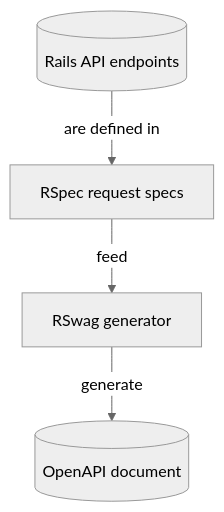
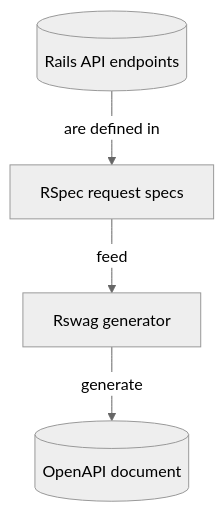
The diagram in openapi/frameworks/rails.mdx (speakeasy-api/developer-docs), drawn with Mermaid (neutral theme) before and after one commit. The commit also changed other lines of this file and 1 other file, not shown here.

````diff
--- a/openapi/frameworks/rails.mdx
+++ b/openapi/frameworks/rails.mdx
@@ -32,6 +34,6 @@
 ```mermaid
 graph TD
     R[(Rails API endpoints)] -->|are defined in| A[RSpec request specs]
-    A -->|feed| B[RSwag generator]
+    A -->|feed| B[Rswag generator]
     B --> |generate| C[(OpenAPI document)]
 ```
````
